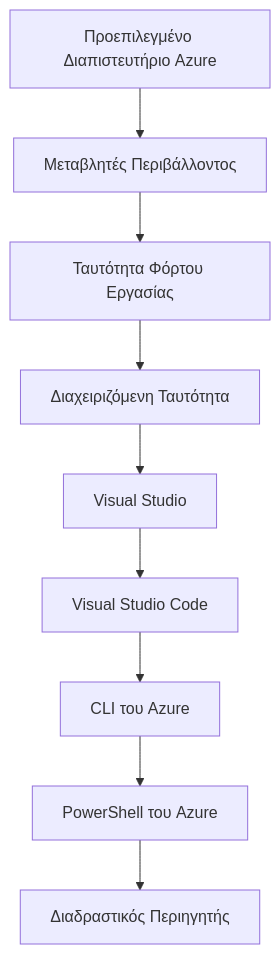
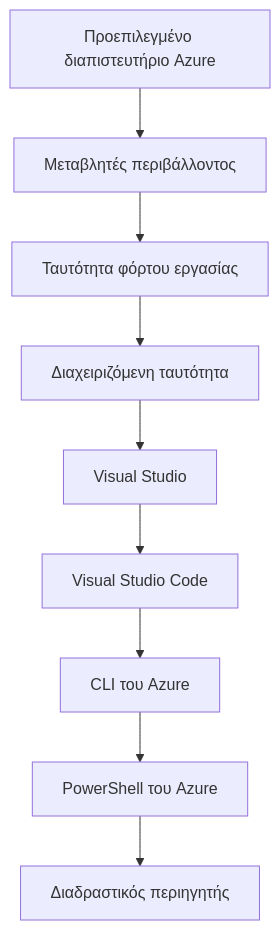
Before and after one commit to microsoft/AZD-for-beginners: the second of 2 diagrams in translations/el/docs/chapter-01-foundation/azd-basics.md, drawn with Mermaid. The commit also changed other lines of this file and 104 other files, not shown here.

````diff
--- a/translations/el/docs/chapter-01-foundation/azd-basics.md
+++ b/translations/el/docs/chapter-01-foundation/azd-basics.md
@@ -593,11 +608,11 @@
 ```mermaid
 graph TD
-    A[Προεπιλεγμένο Διαπιστευτήριο Azure] --> B[Μεταβλητές Περιβάλλοντος]
-    B --> C[Ταυτότητα Φόρτου Εργασίας]
-    C --> D[Διαχειριζόμενη Ταυτότητα]
+    A[Προεπιλεγμένο διαπιστευτήριο Azure] --> B[Μεταβλητές περιβάλλοντος]
+    B --> C[Ταυτότητα φόρτου εργασίας]
+    C --> D[Διαχειριζόμενη ταυτότητα]
     D --> E[Visual Studio]
     E --> F[Visual Studio Code]
     F --> G[CLI του Azure]
     G --> H[PowerShell του Azure]
-    H --> I[Διαδραστικός Περιηγητής]
+    H --> I[Διαδραστικός περιηγητής]
 ```
````
